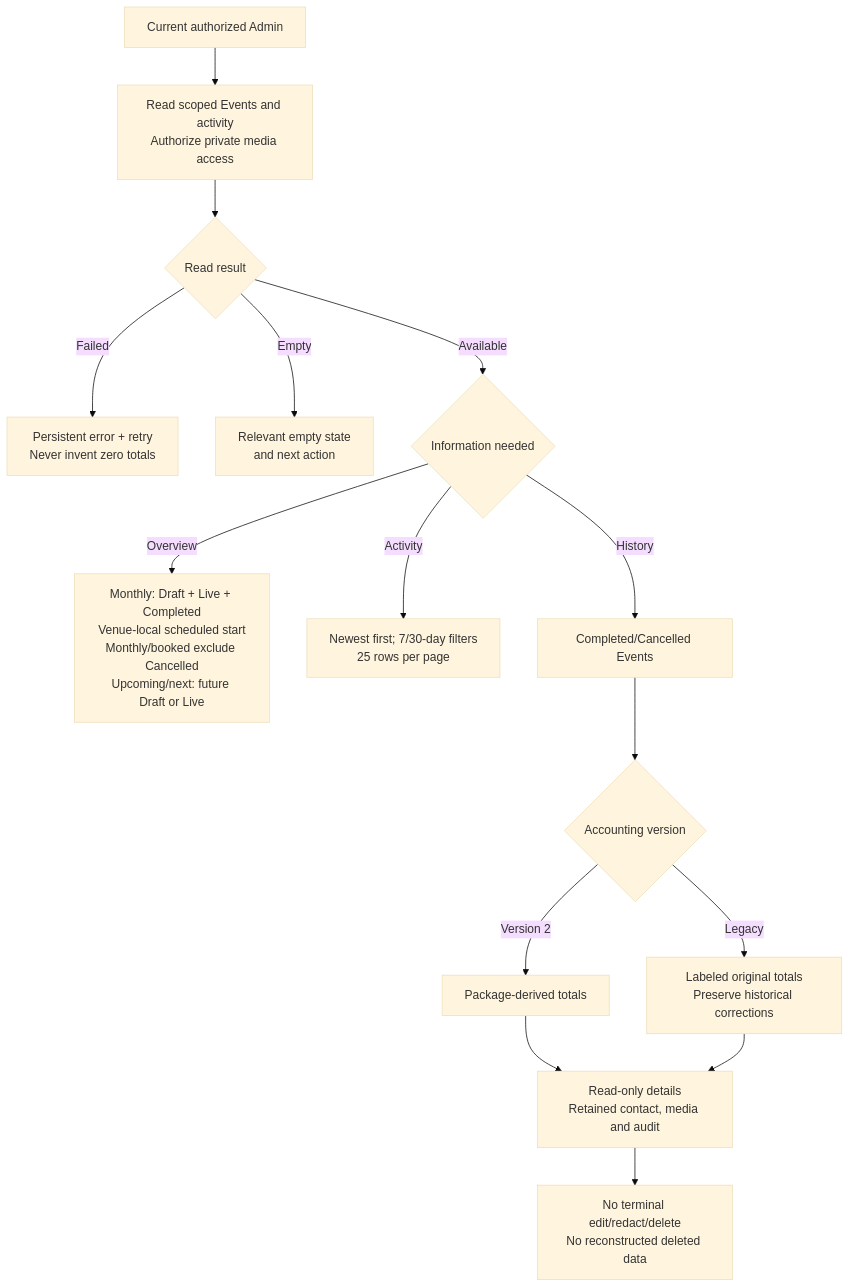
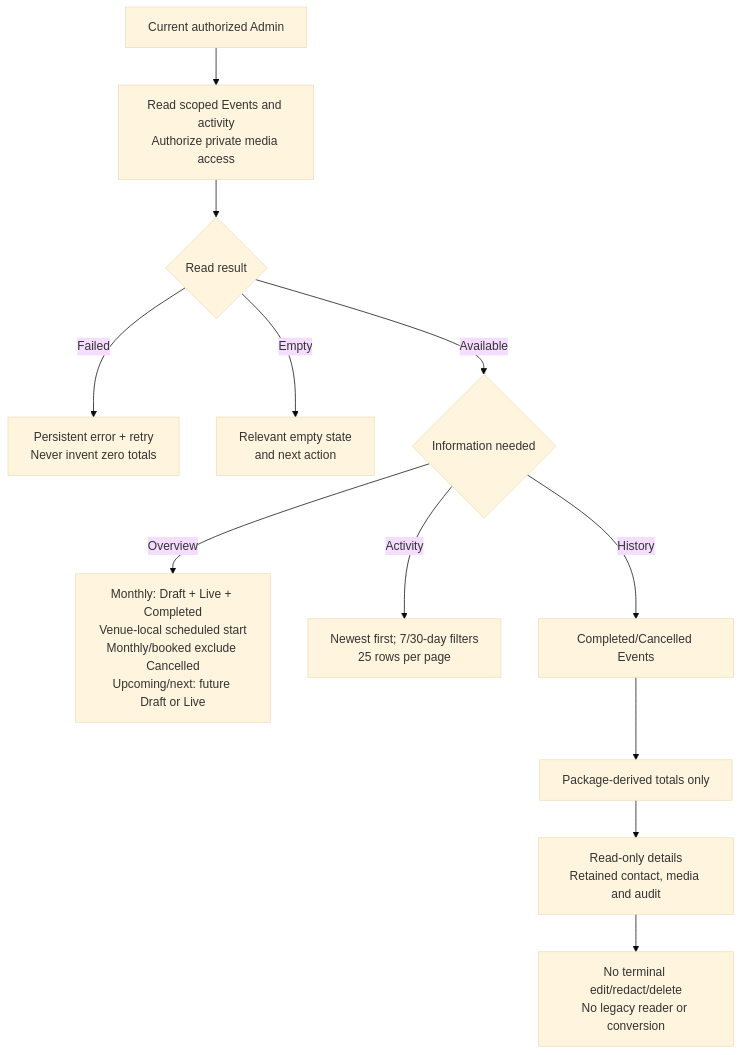
One commit to noelorph/diy-instax-photobooth changed the eighth of 10 diagrams in docs/diagrams/issue-10-functional-breakdown.md. Above: the diagram before and after it, drawn with Mermaid (base theme). The commit also changed other lines of this file and 104 other files, not shown here.

````diff
--- a/docs/diagrams/issue-10-functional-breakdown.md
+++ b/docs/diagrams/issue-10-functional-breakdown.md
@@ -213,17 +198,14 @@
 ```mermaid
 flowchart TD
   ADMIN["Current authorized Admin"] --> READ["Read scoped Events and activity<br/>Authorize private media access"]
   READ --> RESULT{"Read result"}
   RESULT -->|Failed| ERROR["Persistent error + retry<br/>Never invent zero totals"]
   RESULT -->|Empty| EMPTY["Relevant empty state<br/>and next action"]
   RESULT -->|Available| VIEW{"Information needed"}
   VIEW -->|Overview| DASH["Monthly: Draft + Live + Completed<br/>Venue-local scheduled start<br/>Monthly/booked exclude Cancelled<br/>Upcoming/next: future Draft or Live"]
   VIEW -->|Activity| ACTIVITY["Newest first; 7/30-day filters<br/>25 rows per page"]
   VIEW -->|History| HISTORY["Completed/Cancelled Events"]
-  HISTORY --> VERSION{"Accounting version"}
-  VERSION -->|Version 2| PACKAGE["Package-derived totals"]
-  VERSION -->|Legacy| LEGACY["Labeled original totals<br/>Preserve historical corrections"]
+  HISTORY --> PACKAGE["Package-derived totals only"]
   PACKAGE --> DETAIL["Read-only details<br/>Retained contact, media and audit"]
-  LEGACY --> DETAIL
-  DETAIL --> RETAIN["No terminal edit/redact/delete<br/>No reconstructed deleted data"]
+  DETAIL --> RETAIN["No terminal edit/redact/delete<br/>No legacy reader or conversion"]
 ```
````
